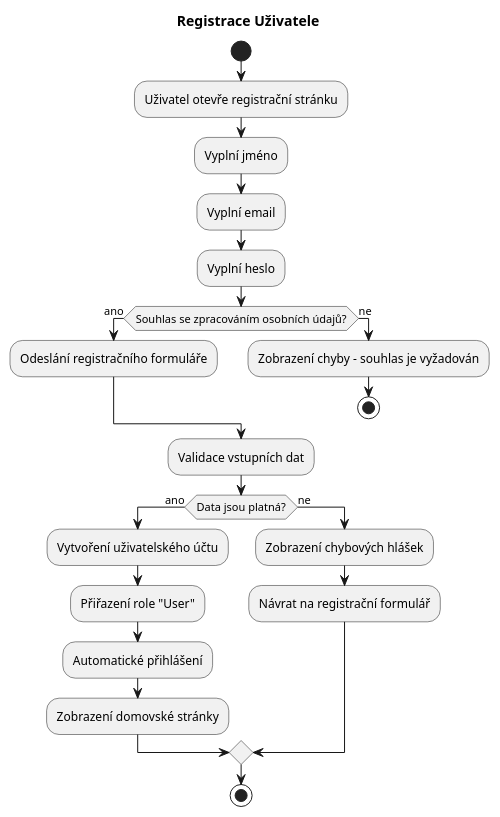
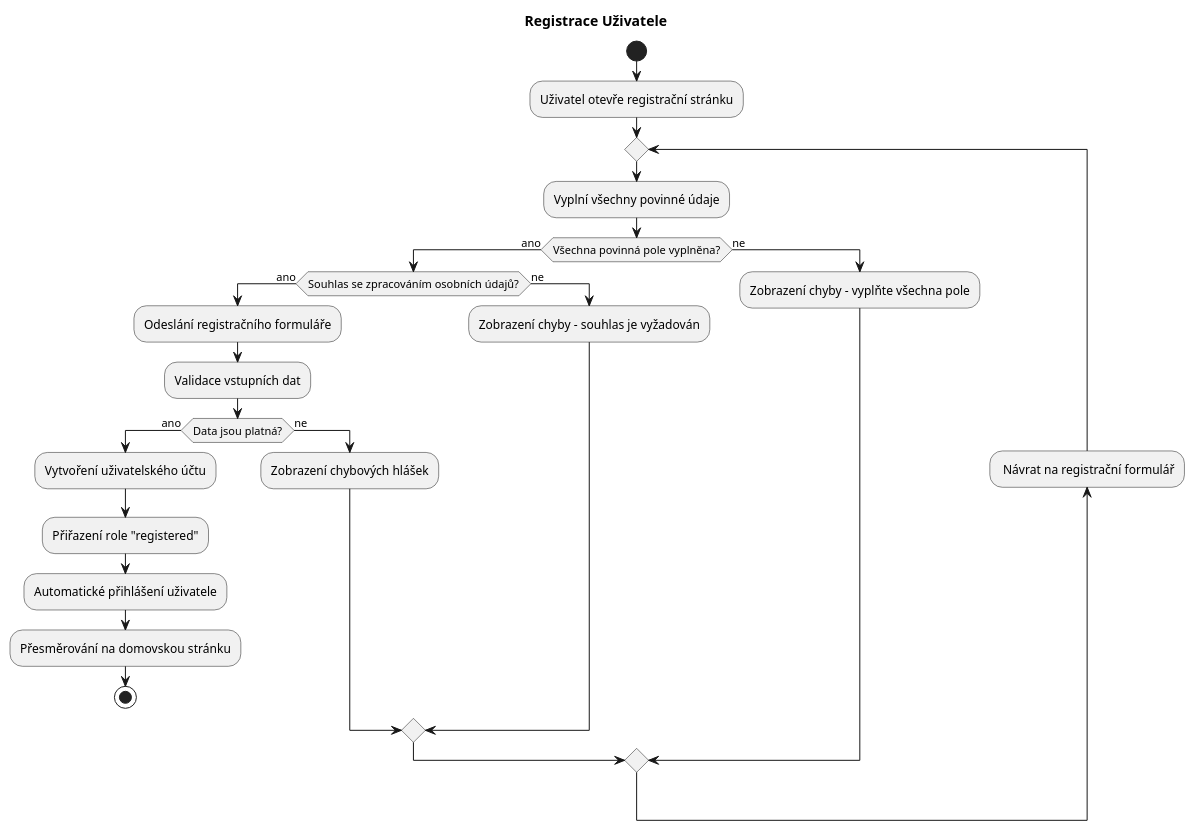
Before and after one commit to Arkatos1/ClubEasy: the diagram in docs/activity1.puml, drawn with PlantUML. The commit also changed 18 other files, not shown here.

```diff
--- a/docs/activity1.puml
+++ b/docs/activity1.puml
@@ -1,31 +1,32 @@
 @startuml
 title Registrace Uživatele
 
 start
+:Uživatel otevře registrační stránku;
 
-:Uživatel otevře registrační stránku;
-:Vyplní jméno;
-:Vyplní email;
-:Vyplní heslo;
+repeat
+  :Vyplní všechny povinné údaje;
 
-if (Souhlas se zpracováním osobních údajů?) then (ano)
-  :Odeslání registračního formuláře;
-else (ne)
-  :Zobrazení chyby - souhlas je vyžadován;
-  stop
-endif
+  if (Všechna povinná pole vyplněna?) then (ano)
+    if (Souhlas se zpracováním osobních údajů?) then (ano)
+      :Odeslání registračního formuláře;
+      :Validace vstupních dat;
 
-:Validace vstupních dat;
+      if (Data jsou platná?) then (ano)
+        :Vytvoření uživatelského účtu;
+        :Přiřazení role "registered";
+        :Automatické přihlášení uživatele;
+        :Přesměrování na domovskou stránku;
+        stop
+      else (ne)
+        :Zobrazení chybových hlášek;
+      endif
+    else (ne)
+      :Zobrazení chyby - souhlas je vyžadován;
+    endif
+  else (ne)
+    :Zobrazení chyby - vyplňte všechna pole;
+  endif
 
-if (Data jsou platná?) then (ano)
-  :Vytvoření uživatelského účtu;
-  :Přiřazení role "User";
-  :Automatické přihlášení;
-  :Zobrazení domovské stránky;
-else (ne)
-  :Zobrazení chybových hlášek;
-  :Návrat na registrační formulář;
-endif
-
-stop
+backward: Návrat na registrační formulář;
 @enduml
```
